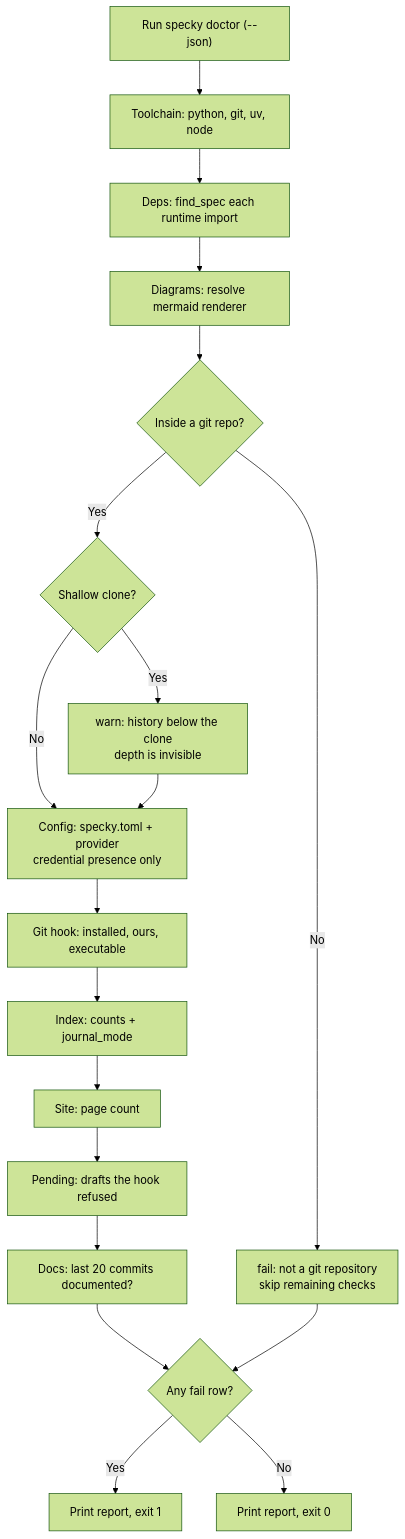
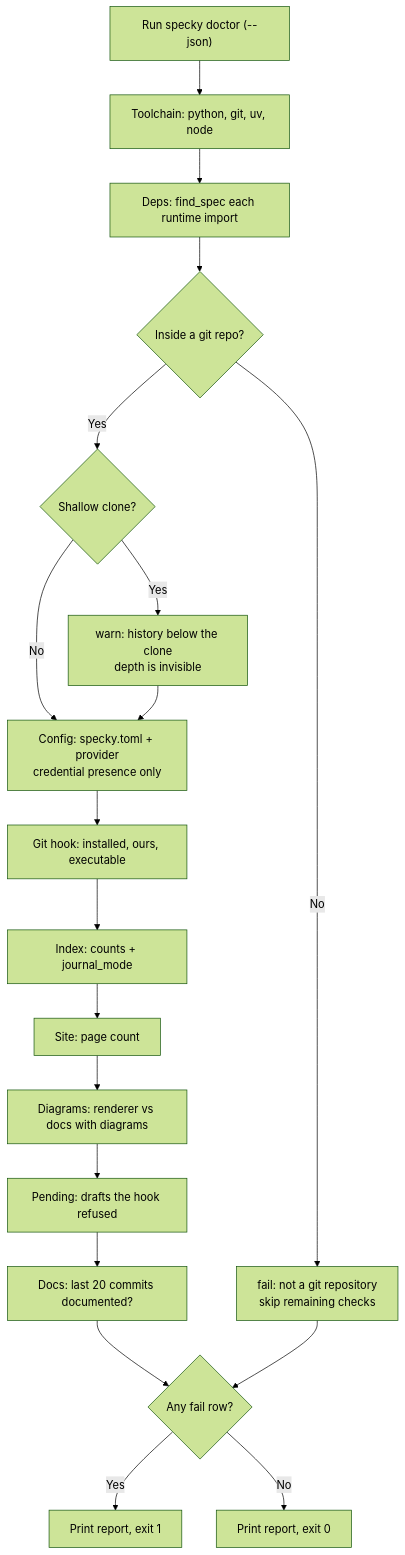
Before and after one commit to danyyacoub/specky: the diagram in specs/cli/doctor.md, drawn with Mermaid (forest theme). The commit also changed other lines of this file and 3 other files, not shown here.

First line of the commit message:
feat(doctor): fail when docs have diagrams and no mermaid renderer

````diff
--- a/specs/cli/doctor.md
+++ b/specs/cli/doctor.md
@@ -80,21 +86,21 @@
 ```mermaid
 flowchart TD
     A["Run specky doctor (--json)"] --> B["Toolchain: python, git, uv, node"]
     B --> N["Deps: find_spec each runtime import"]
-    N --> C["Diagrams: resolve mermaid renderer"]
-    C --> D{"Inside a git repo?"}
+    N --> D{"Inside a git repo?"}
     D -->|No| E["fail: not a git repository<br/>skip remaining checks"]
     D -->|Yes| O{"Shallow clone?"}
     O -->|Yes| Q["warn: history below the clone<br/>depth is invisible"]
     O -->|No| F
     Q --> F["Config: specky.toml + provider<br/>credential presence only"]
     F --> G["Git hook: installed, ours, executable"]
     G --> H["Index: counts + journal_mode"]
     H --> I["Site: page count"]
-    I --> P["Pending: drafts the hook refused"]
+    I --> C["Diagrams: renderer vs docs with diagrams"]
+    C --> P["Pending: drafts the hook refused"]
     P --> J["Docs: last 20 commits documented?"]
     J --> K{"Any fail row?"}
     E --> K
     K -->|Yes| L["Print report, exit 1"]
     K -->|No| M["Print report, exit 0"]
 ```
````
